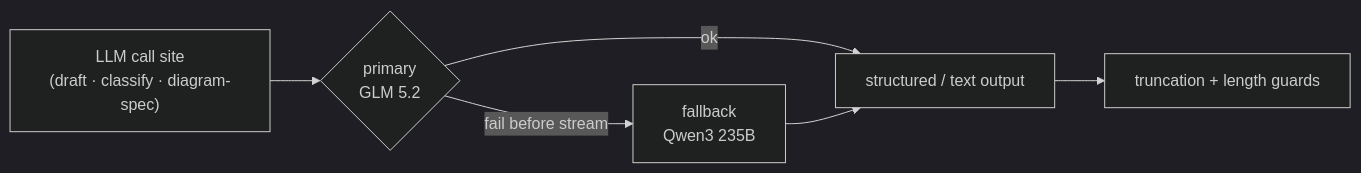
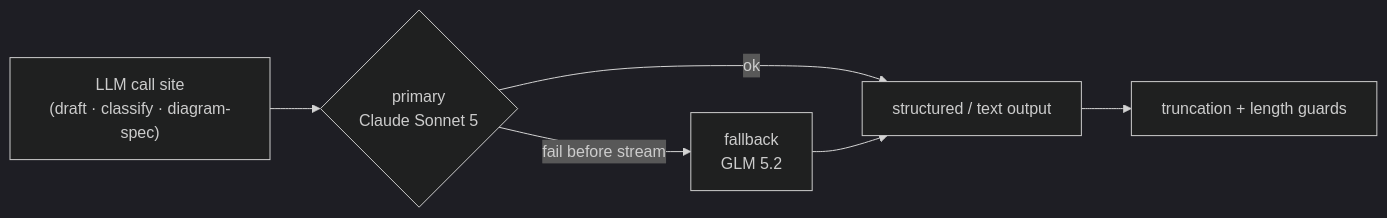
The fourth of 5 diagrams in README.md (imranshaikh-commits/iv-sarvam), drawn with Mermaid (dark theme) before and after one commit. The commit also changed other lines of this file, not shown here.

````diff
--- a/README.md
+++ b/README.md
@@ -291,8 +325,8 @@
 ```mermaid
 flowchart LR
-    CALL["LLM call site<br/>(draft · classify · diagram-spec)"] --> P{"primary<br/>GLM 5.2"}
+    CALL["LLM call site<br/>(draft · classify · diagram-spec)"] --> P{"primary<br/>Claude Sonnet 5"}
     P -->|ok| OUT["structured / text output"]
-    P -->|fail before stream| F["fallback<br/>Qwen3 235B"]
+    P -->|fail before stream| F["fallback<br/>GLM 5.2"]
     F --> OUT
     OUT --> GUARD["truncation + length guards"]
 ```
````
